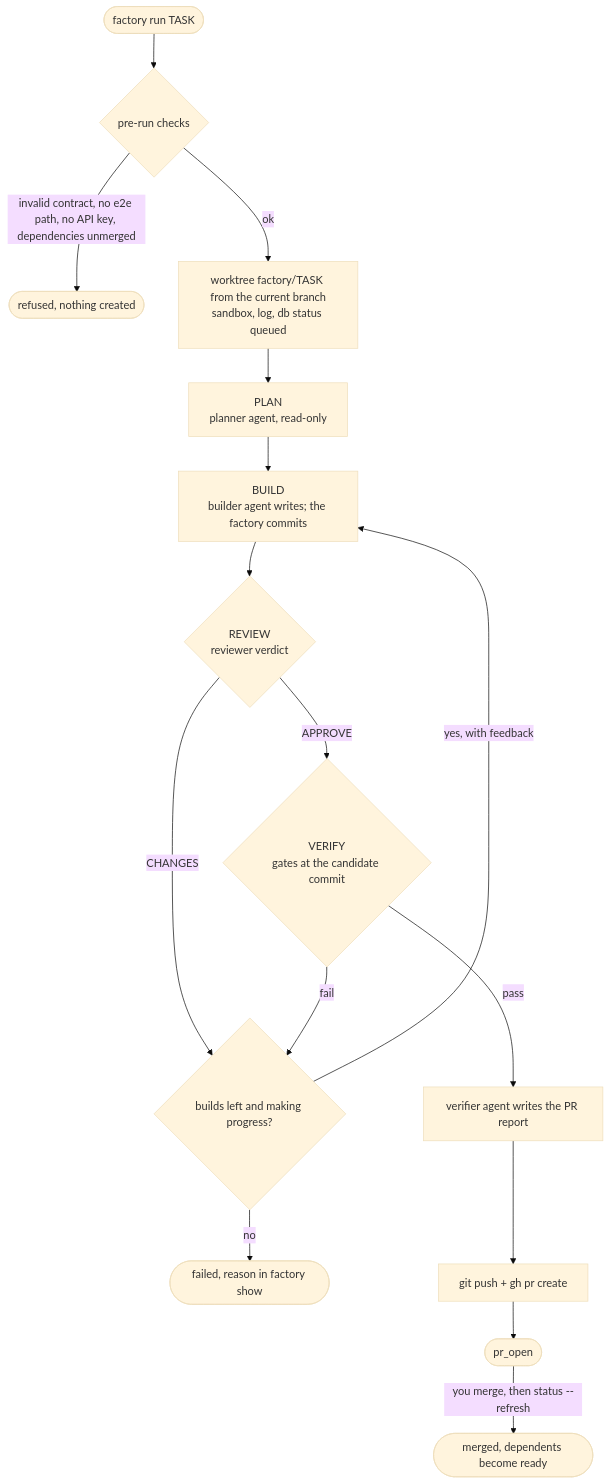
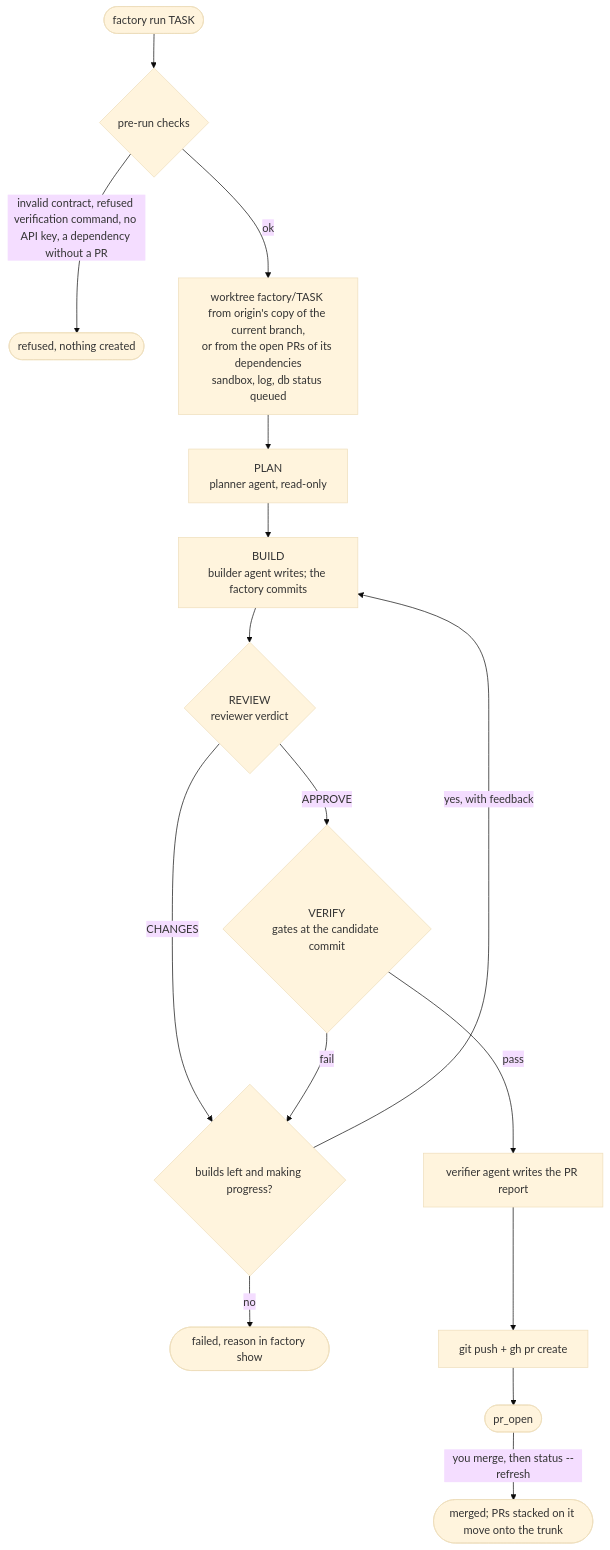
Before and after one commit to PaddyMc/software-factory: the second of 5 diagrams in README.md, drawn with Mermaid (base theme). The commit also changed other lines of this file and 33 other files, not shown here.

First line of the commit message:
Plan runs, stacked PRs, conflict resolution; drop allowed_paths

````diff
--- a/README.md
+++ b/README.md
@@ -113,18 +115,18 @@
 ```mermaid
 flowchart TD
   start(["factory run TASK"]) --> pre{"pre-run checks"}
-  pre -->|"invalid contract, no e2e path, no API key, dependencies unmerged"| refused(["refused, nothing created"])
-  pre -->|"ok"| setup["worktree factory/TASK from the current branch<br/>sandbox, log, db status queued"]
+  pre -->|"invalid contract, refused verification command, no API key, a dependency without a PR"| refused(["refused, nothing created"])
+  pre -->|"ok"| setup["worktree factory/TASK from origin's copy of the current branch,<br/>or from the open PRs of its dependencies<br/>sandbox, log, db status queued"]
   setup --> plan["PLAN<br/>planner agent, read-only"]
   plan --> build["BUILD<br/>builder agent writes; the factory commits"]
   build --> review{"REVIEW<br/>reviewer verdict"}
   review -->|"CHANGES"| retry{"builds left and making progress?"}
   review -->|"APPROVE"| verify{"VERIFY<br/>gates at the candidate commit"}
   verify -->|"fail"| retry
   retry -->|"yes, with feedback"| build
   retry -->|"no"| failed(["failed, reason in factory show"])
   verify -->|"pass"| report["verifier agent writes the PR report"]
   report --> pr["git push + gh pr create"]
   pr --> open(["pr_open"])
-  open -->|"you merge, then status --refresh"| merged(["merged, dependents become ready"])
+  open -->|"you merge, then status --refresh"| merged(["merged; PRs stacked on it move onto the trunk"])
 ```
````
